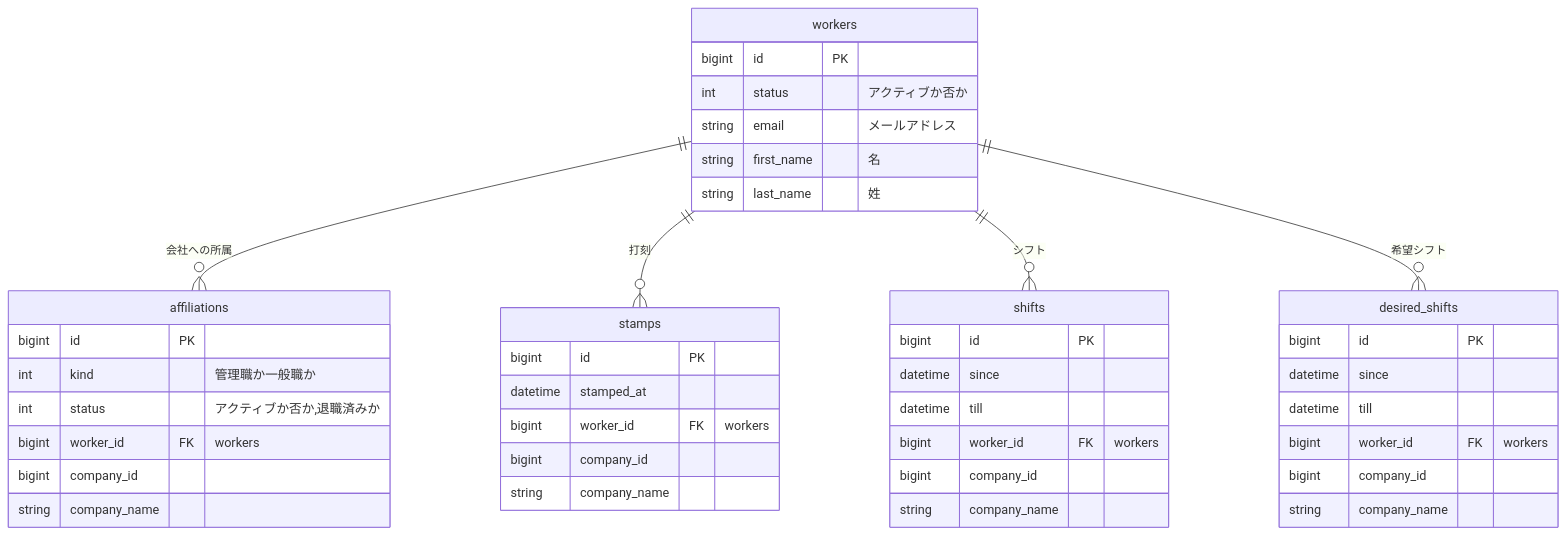
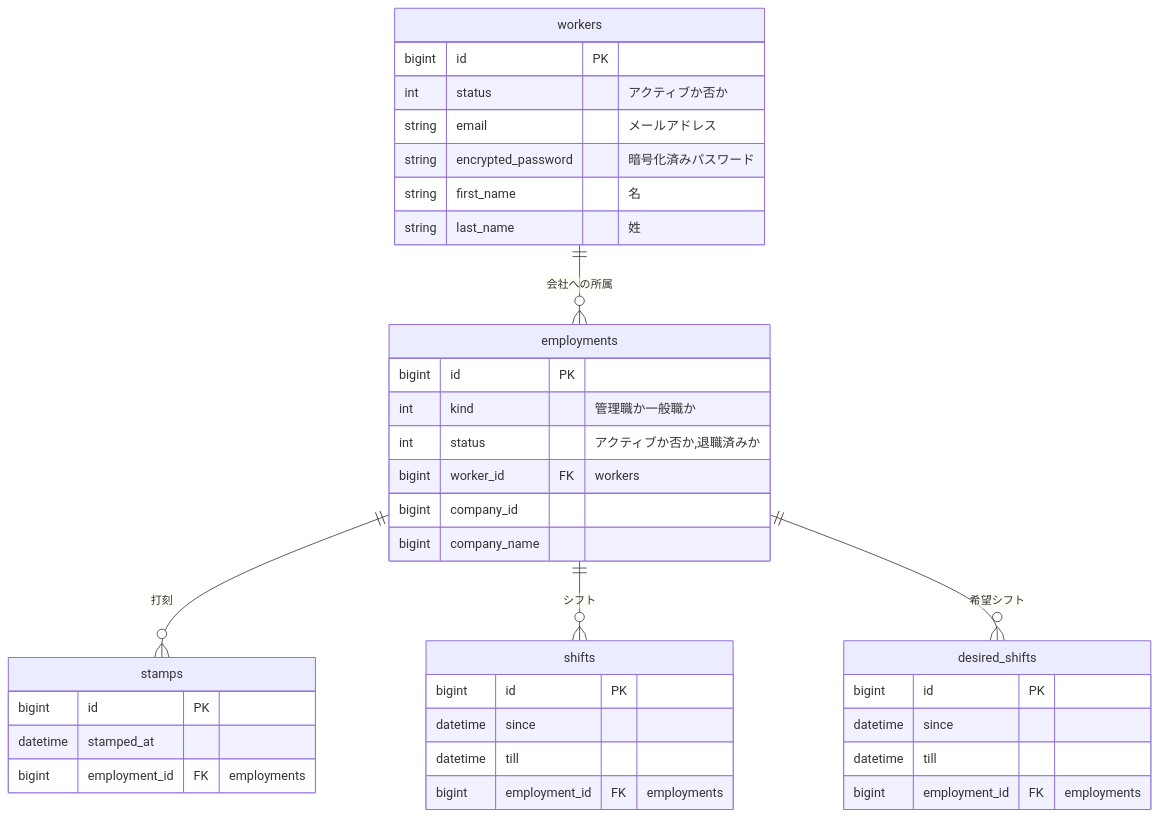
Before and after one commit to piny940/kintai: the diagram in db/no-3nf.md, drawn with Mermaid.

Commit message:
3NFでないER図を修正

````diff
--- a/db/no-3nf.md
+++ b/db/no-3nf.md
@@ -1,48 +1,42 @@
 ```mermaid
 erDiagram
-  workers ||--o{ affiliations : "会社への所属"
-  workers ||--o{ stamps : "打刻"
-  workers ||--o{ shifts : "シフト"
-  workers ||--o{ desired_shifts : "希望シフト"
+  workers ||--o{ employments : "会社への所属"
+  employments ||--o{ stamps : "打刻"
+  employments ||--o{ shifts : "シフト"
+  employments ||--o{ desired_shifts : "希望シフト"
 
-  affiliations {
+  employments {
     bigint id PK
     int kind "管理職か一般職か"
     int status "アクティブか否か,退職済みか"
     bigint worker_id FK "workers"
     bigint company_id
-    string company_name
+    bigint company_name 
   }
   workers {
     bigint id PK
     int status "アクティブか否か"
     string email "メールアドレス"
+    string encrypted_password "暗号化済みパスワード"
     string first_name "名"
     string last_name "姓"
   }
 
   stamps {
     bigint id PK
     datetime stamped_at
-    bigint worker_id FK "workers"
-    bigint company_id
-    string company_name
+    bigint employment_id FK "employments"
   }
-
   shifts {
     bigint id PK
     datetime since
     datetime till
-    bigint worker_id FK "workers"
-    bigint company_id
-    string company_name
+    bigint employment_id FK "employments"
   }
   desired_shifts {
     bigint id PK
     datetime since
     datetime till
-    bigint worker_id FK "workers"
-    bigint company_id
-    string company_name
+    bigint employment_id FK "employments"
   }
 ```
````
